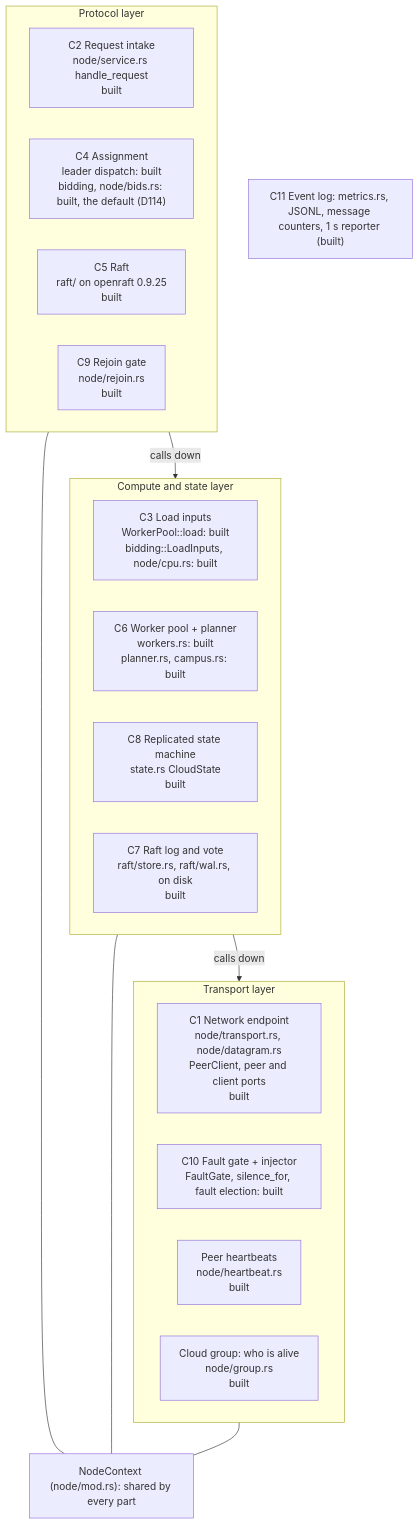
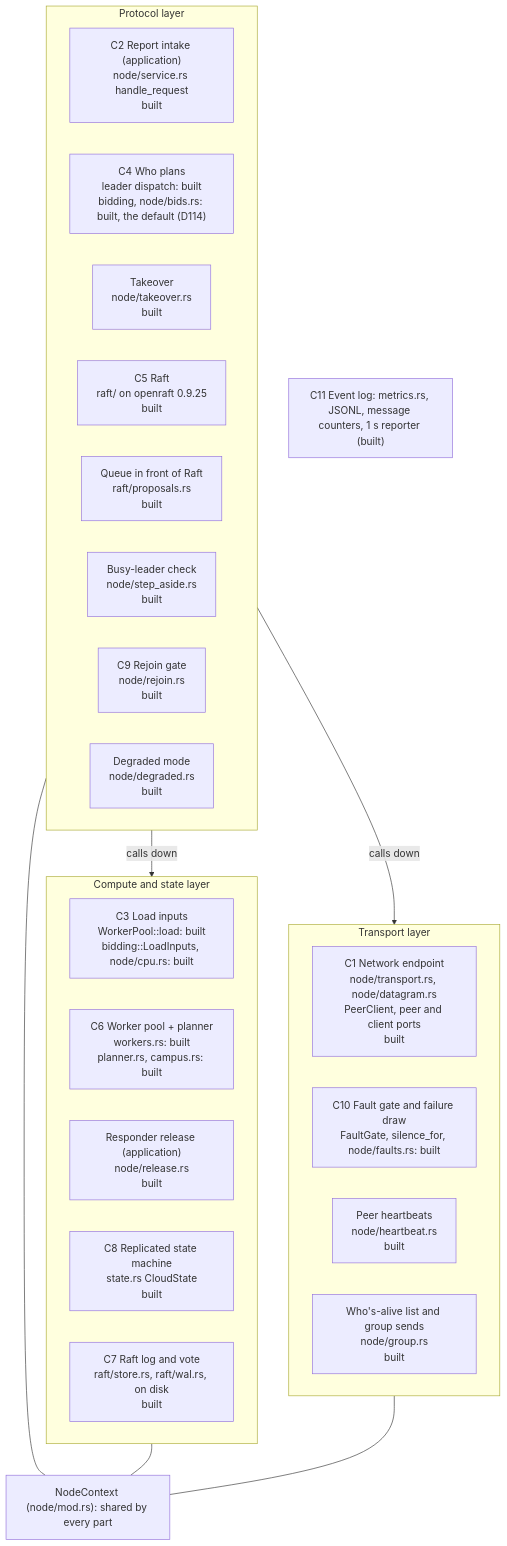
The fourth of 48 diagrams in docs/architecture.md (noortaytoy1/DistributedSystems), drawn with Mermaid before and after one commit. The commit also changed other lines of this file and 2 other files, not shown here.

First line of the commit message:
Apply the diagram review to the architecture docs (D231)

````diff
--- a/docs/architecture.md
+++ b/docs/architecture.md
@@ -256,31 +286,36 @@
 ```mermaid
 flowchart TB
-    subgraph TR["Transport layer"]
-        direction LR
-        C1["C1 Network endpoint<br/>node/transport.rs, node/datagram.rs<br/>PeerClient, peer and client ports<br/>built"]
-        C10["C10 Fault gate + injector<br/>FaultGate, silence_for, fault election: built"]
-        HB["Peer heartbeats<br/>node/heartbeat.rs<br/>built"]
-        GRP["Cloud group: who is alive<br/>node/group.rs<br/>built"]
-    end
     subgraph PR["Protocol layer"]
         direction LR
-        C2["C2 Request intake<br/>node/service.rs handle_request<br/>built"]
-        C4["C4 Assignment<br/>leader dispatch: built<br/>bidding, node/bids.rs: built, the default (D114)"]
+        C2["C2 Report intake (application)<br/>node/service.rs handle_request<br/>built"]
+        C4["C4 Who plans<br/>leader dispatch: built<br/>bidding, node/bids.rs: built, the default (D114)"]
+        TK["Takeover<br/>node/takeover.rs<br/>built"]
         C5["C5 Raft<br/>raft/ on openraft 0.9.25<br/>built"]
+        PQ["Queue in front of Raft<br/>raft/proposals.rs<br/>built"]
+        STEP["Busy-leader check<br/>node/step_aside.rs<br/>built"]
         C9["C9 Rejoin gate<br/>node/rejoin.rs<br/>built"]
+        DG["Degraded mode<br/>node/degraded.rs<br/>built"]
     end
     subgraph CS["Compute and state layer"]
         direction LR
         C3["C3 Load inputs<br/>WorkerPool::load: built<br/>bidding::LoadInputs, node/cpu.rs: built"]
         C6["C6 Worker pool + planner<br/>workers.rs: built<br/>planner.rs, campus.rs: built"]
+        RL["Responder release (application)<br/>node/release.rs<br/>built"]
         C8["C8 Replicated state machine<br/>state.rs CloudState<br/>built"]
         C7["C7 Raft log and vote<br/>raft/store.rs, raft/wal.rs, on disk<br/>built"]
+    end
+    subgraph TR["Transport layer"]
+        direction LR
+        C1["C1 Network endpoint<br/>node/transport.rs, node/datagram.rs<br/>PeerClient, peer and client ports<br/>built"]
+        C10["C10 Fault gate and failure draw<br/>FaultGate, silence_for, node/faults.rs: built"]
+        HB["Peer heartbeats<br/>node/heartbeat.rs<br/>built"]
+        GRP["Who's-alive list and group sends<br/>node/group.rs<br/>built"]
     end
     C11["C11 Event log: metrics.rs, JSONL, message counters, 1 s reporter (built)"]
     CTX["NodeContext (node/mod.rs): shared by every part"]
     PR -->|"calls down"| CS
-    CS -->|"calls down"| TR
+    PR -->|"calls down"| TR
     PR --- CTX
     CS --- CTX
     TR --- CTX
 ```
````
